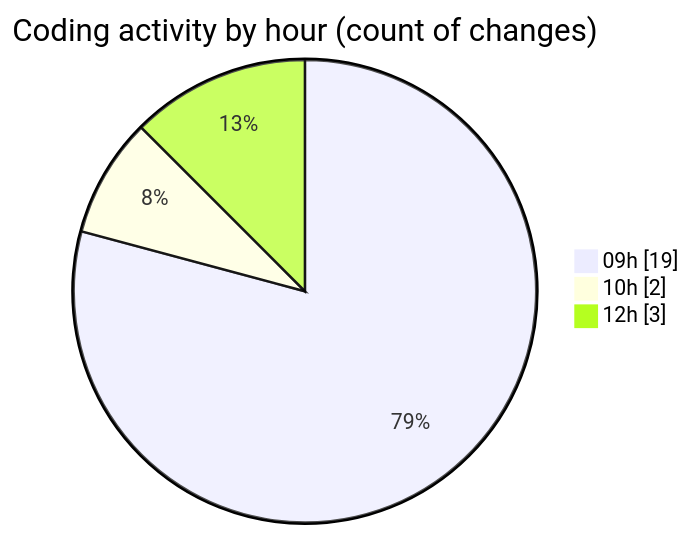
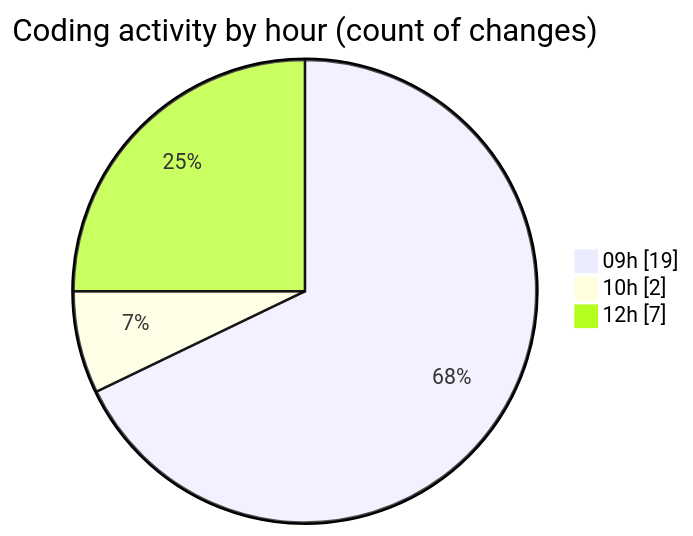
Before and after one commit to ricardozamudiocil/code-tracking: the second of 2 diagrams in 2026-04-23/cilapp/README.md, drawn with Mermaid. The commit also changed other lines of this file and 1 other file, not shown here.

````diff
--- a/2026-04-23/cilapp/README.md
+++ b/2026-04-23/cilapp/README.md
@@ -38,7 +38,7 @@
 ```mermaid
 pie showData
 title Coding activity by hour (count of changes)
 "09h" : 19
 "10h" : 2
-"12h" : 3
+"12h" : 7
 ```
````
